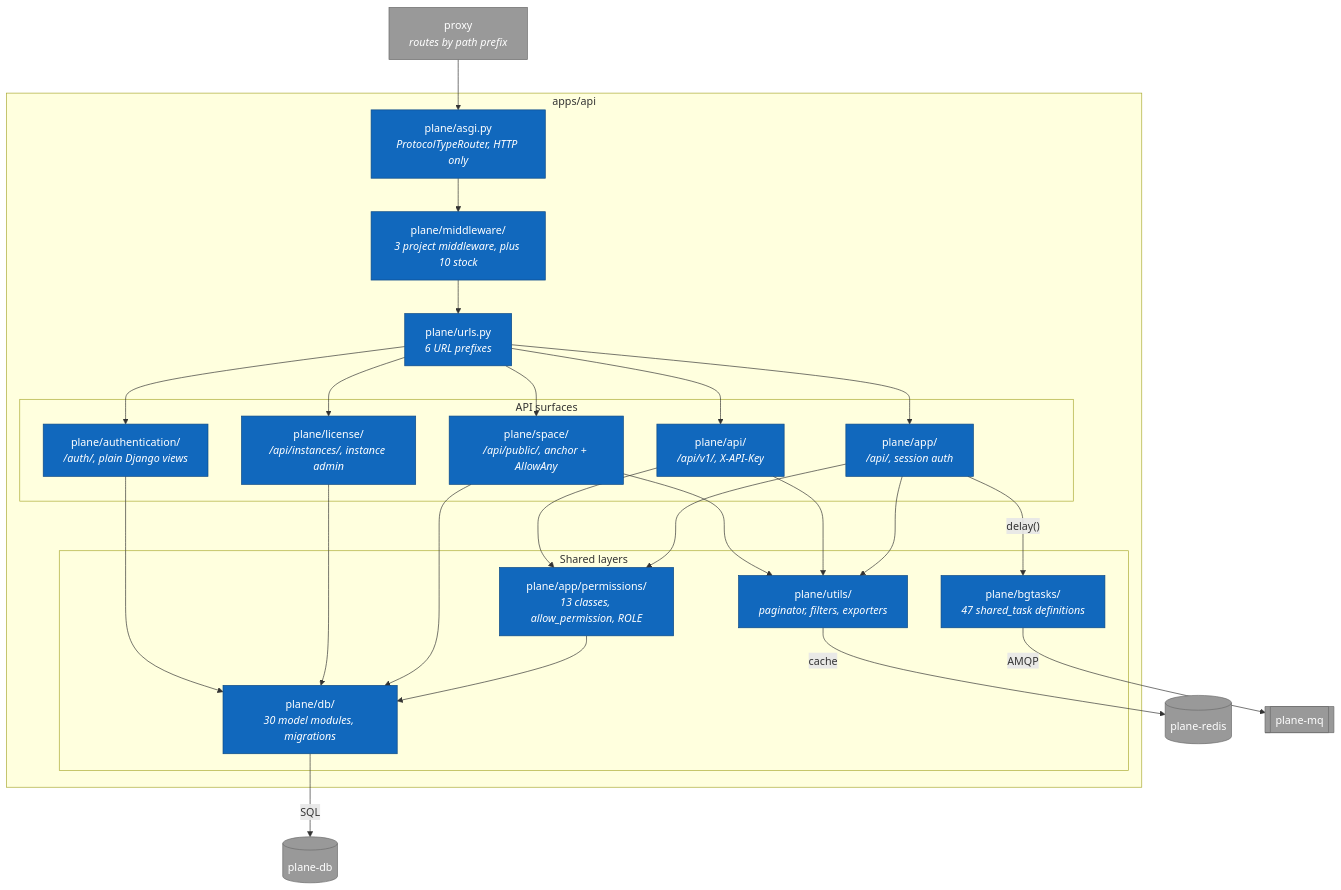
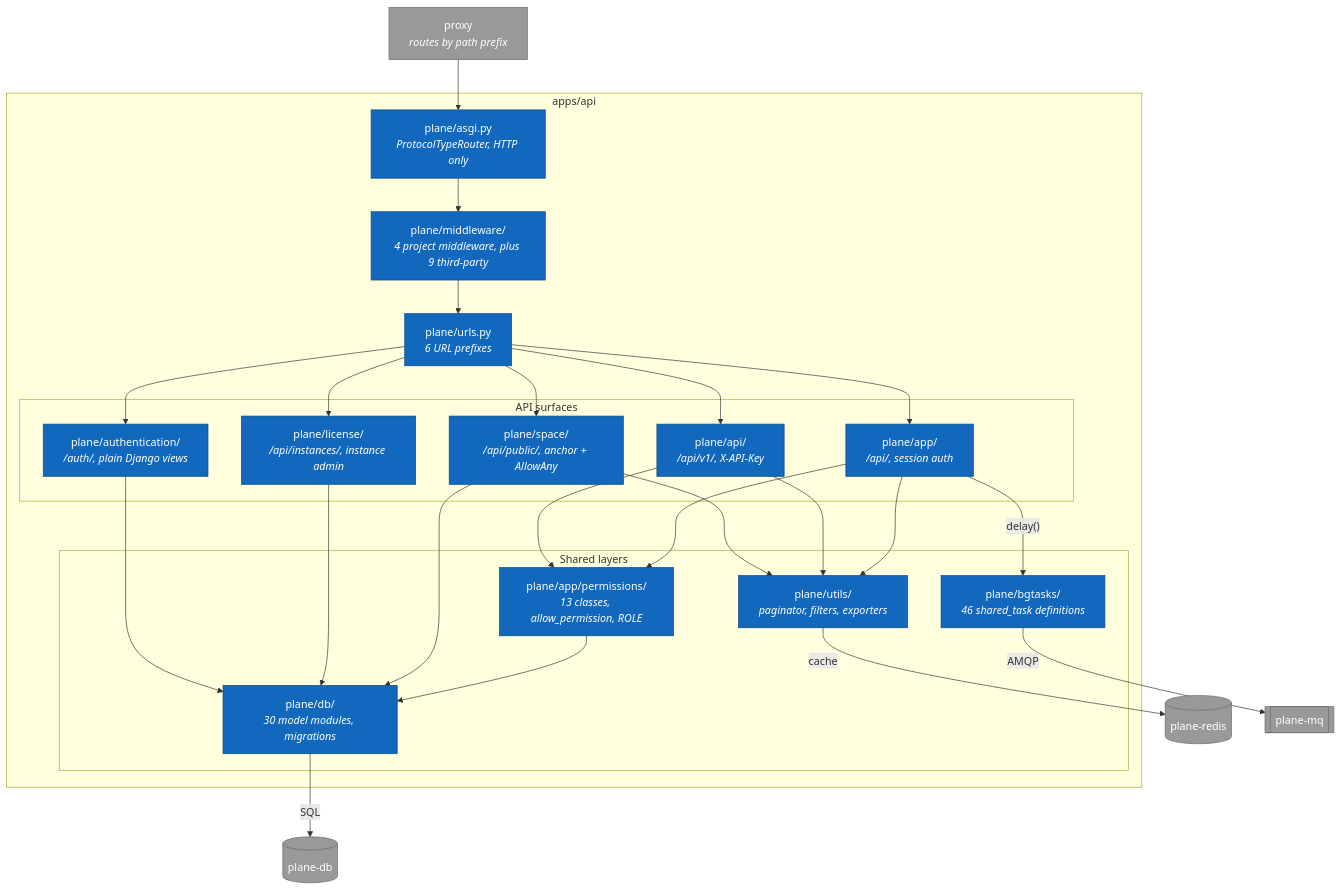
Before and after one commit to psarma89/plane: the diagram in docs/architecture/c4/components/01-api-module-map.md, drawn with Mermaid. The commit also changed other lines of this file and 10 other files, not shown here.

````diff
--- a/docs/architecture/c4/components/01-api-module-map.md
+++ b/docs/architecture/c4/components/01-api-module-map.md
@@ -13,58 +13,58 @@
 ```mermaid
 flowchart TB
     proxy["proxy<br/><i>routes by path prefix</i>"]
 
     subgraph c["apps/api"]
         asgi["plane/asgi.py<br/><i>ProtocolTypeRouter, HTTP only</i>"]
-        mw["plane/middleware/<br/><i>3 project middleware, plus 10 stock</i>"]
+        mw["plane/middleware/<br/><i>4 project middleware, plus 9 third-party</i>"]
         urls["plane/urls.py<br/><i>6 URL prefixes</i>"]
 
         subgraph surfaces["API surfaces"]
             app["plane/app/<br/><i>/api/, session auth</i>"]
             v1["plane/api/<br/><i>/api/v1/, X-API-Key</i>"]
             space["plane/space/<br/><i>/api/public/, anchor + AllowAny</i>"]
             license["plane/license/<br/><i>/api/instances/, instance admin</i>"]
             auth["plane/authentication/<br/><i>/auth/, plain Django views</i>"]
         end
 
         subgraph shared["Shared layers"]
             perms["plane/app/permissions/<br/><i>13 classes, allow_permission, ROLE</i>"]
             db["plane/db/<br/><i>30 model modules, migrations</i>"]
             utils["plane/utils/<br/><i>paginator, filters, exporters</i>"]
-            tasks["plane/bgtasks/<br/><i>47 shared_task definitions</i>"]
+            tasks["plane/bgtasks/<br/><i>46 shared_task definitions</i>"]
         end
     end
 
     pg[("plane-db")]
     rd[("plane-redis")]
     mq[["plane-mq"]]
 
     proxy --> asgi
     asgi --> mw
     mw --> urls
     urls --> app
     urls --> v1
     urls --> space
     urls --> license
     urls --> auth
 
     app --> perms
     v1 --> perms
     app --> utils
     v1 --> utils
     space --> utils
 
     perms --> db
     space --> db
     license --> db
     auth --> db
     db -->|"SQL"| pg
     utils -->|"cache"| rd
     app -->|"delay()"| tasks
     tasks -->|"AMQP"| mq
 
     classDef container fill:#1168bd,stroke:#0b4884,color:#ffffff
     classDef ext fill:#999999,stroke:#6b6b6b,color:#ffffff
     class asgi,mw,urls,app,v1,space,license,auth,perms,db,utils,tasks container
     class proxy,pg,rd,mq ext
 ```
````
